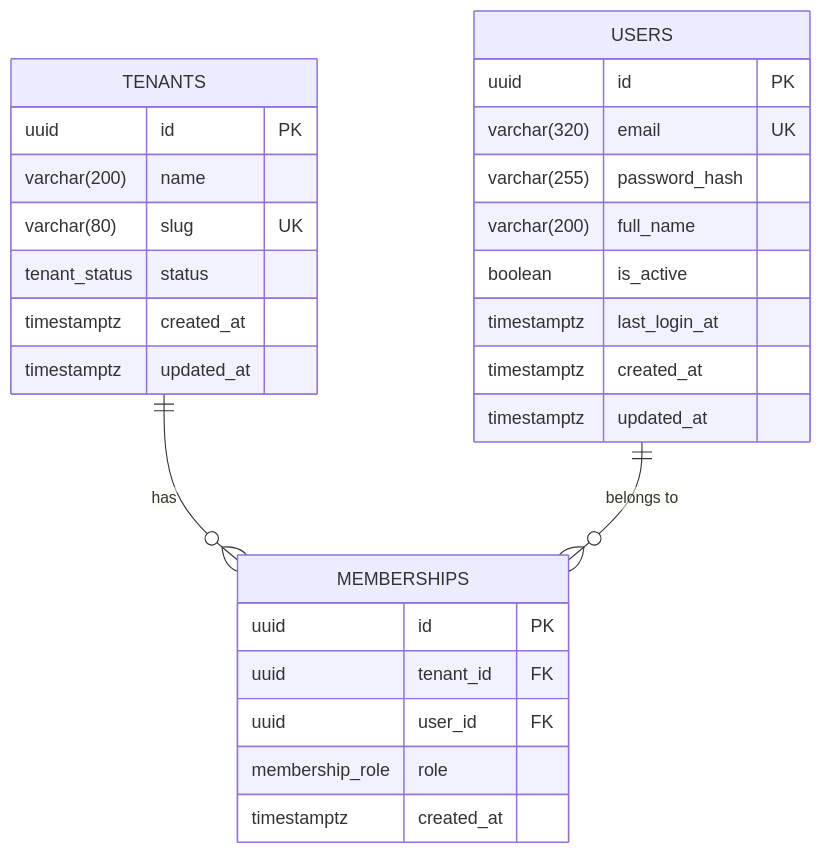
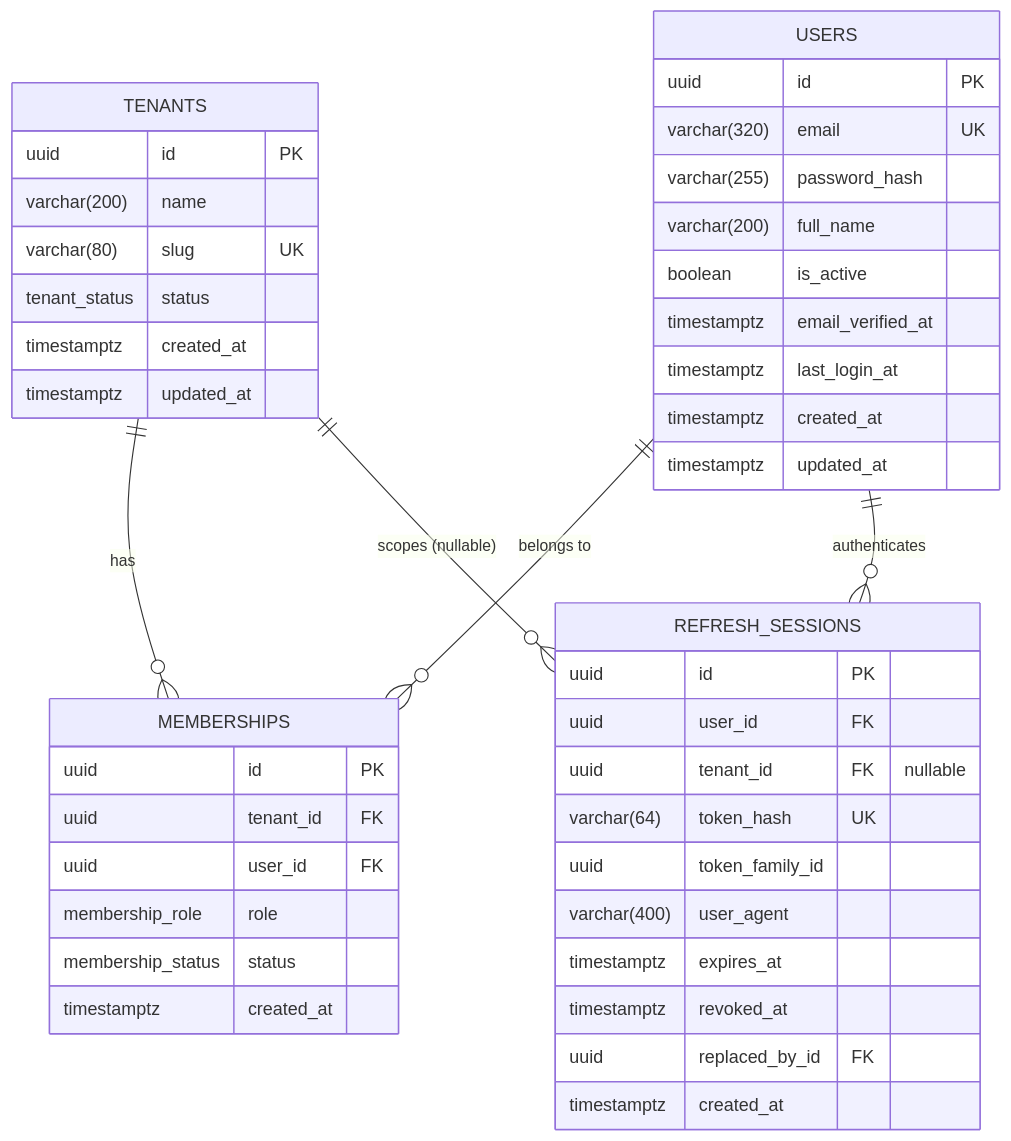
The diagram in docs/architecture/DATABASE_DESIGN.md (ashour-git/Zain-Agri), drawn with Mermaid before and after one commit. The commit also changed other lines of this file and 59 other files, not shown here.

````diff
--- a/docs/architecture/DATABASE_DESIGN.md
+++ b/docs/architecture/DATABASE_DESIGN.md
@@ -46,33 +47,50 @@
 ```mermaid
 erDiagram
     TENANTS ||--o{ MEMBERSHIPS : "has"
     USERS   ||--o{ MEMBERSHIPS : "belongs to"
+    USERS   ||--o{ REFRESH_SESSIONS : "authenticates"
+    TENANTS ||--o{ REFRESH_SESSIONS : "scopes (nullable)"
 
     TENANTS {
         uuid id PK
         varchar(200) name
         varchar(80) slug UK
         tenant_status status
         timestamptz created_at
         timestamptz updated_at
     }
 
     USERS {
         uuid id PK
         varchar(320) email UK
         varchar(255) password_hash
         varchar(200) full_name
         boolean is_active
+        timestamptz email_verified_at
         timestamptz last_login_at
         timestamptz created_at
         timestamptz updated_at
     }
 
     MEMBERSHIPS {
         uuid id PK
         uuid tenant_id FK
         uuid user_id FK
         membership_role role
+        membership_status status
+        timestamptz created_at
+    }
+
+    REFRESH_SESSIONS {
+        uuid id PK
+        uuid user_id FK
+        uuid tenant_id FK "nullable"
+        varchar(64) token_hash UK
+        uuid token_family_id
+        varchar(400) user_agent
+        timestamptz expires_at
+        timestamptz revoked_at
+        uuid replaced_by_id FK
         timestamptz created_at
     }
 ```
````
